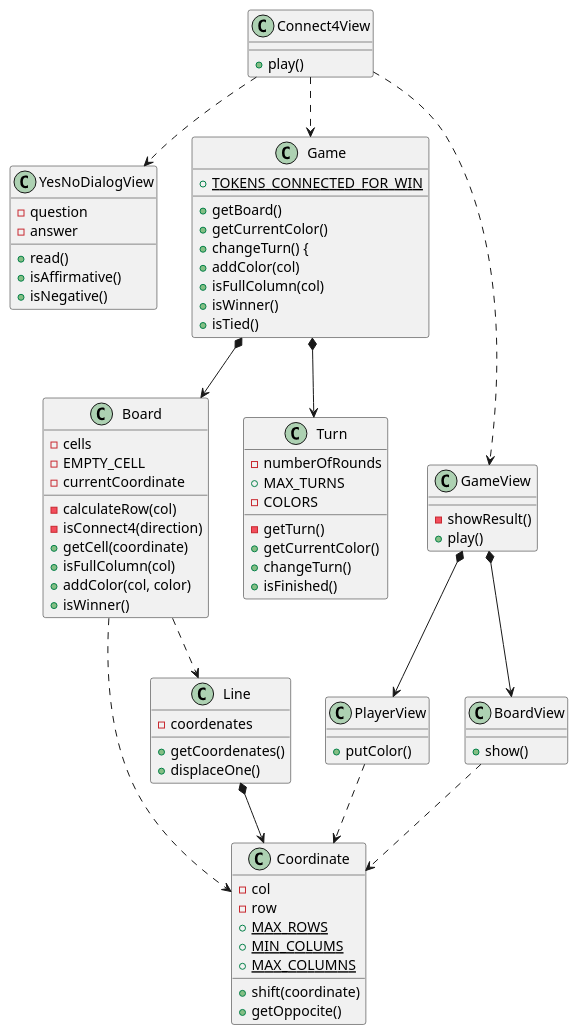
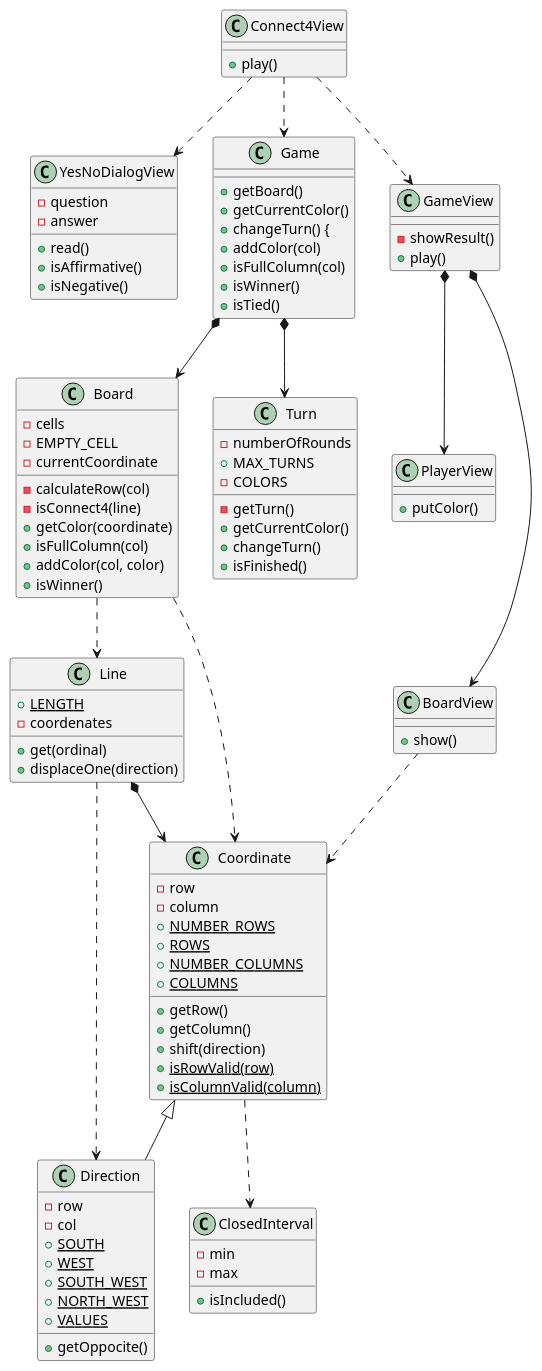
One commit to USantaTecla-ed-mpds/lab-dijkstra changed the diagram in tech-js-basada-objetos/Connect4withViewsV2/diagramClass.plantuml. Above: the diagram before and after it, drawn with PlantUML.

Commit message:
refactory

```diff
--- a/tech-js-basada-objetos/Connect4withViewsV2/diagramClass.plantuml
+++ b/tech-js-basada-objetos/Connect4withViewsV2/diagramClass.plantuml
@@ -1,68 +1,87 @@
 @startuml
 Connect4View ..> YesNoDialogView
 Connect4View ..> Game
 Connect4View ..> GameView
 Connect4View : + play()
 
 YesNoDialogView : - question
 YesNoDialogView : - answer
 YesNoDialogView : + read()
 YesNoDialogView : + isAffirmative()
 YesNoDialogView : + isNegative()
 
 GameView : - showResult()
 GameView : + play()
 GameView *--> PlayerView
 GameView *--> BoardView
 
 PlayerView : + putColor()
-PlayerView ..> Coordinate
 
 BoardView : + show()
 BoardView ..> Coordinate
 
-Game : + {static} TOKENS_CONNECTED_FOR_WIN
 Game *--> Board
 Game *--> Turn
 Game : + getBoard()
 Game : + getCurrentColor()
 Game : + changeTurn() {
 Game : + addColor(col)
 Game : + isFullColumn(col)
 Game : + isWinner()
 Game : + isTied()
 
 Board ..> Line
 Board ..> Coordinate
 Board : - cells
 Board : - EMPTY_CELL
 Board : - currentCoordinate
 Board : - calculateRow(col)
-Board : - isConnect4(direction)
-Board : + getCell(coordinate)
+Board : - isConnect4(line)
+Board : + getColor(coordinate)
 Board : + isFullColumn(col)
 Board : + addColor(col, color)
 Board : + isWinner()
 
 Turn : - numberOfRounds
 Turn : + MAX_TURNS
 Turn : - COLORS
 Turn : - getTurn()
 Turn : + getCurrentColor()
 Turn : + changeTurn()
 Turn : + isFinished()
 
+Line : + {static} LENGTH
 Line *--> Coordinate
 Line : - coordenates
-Line : + getCoordenates()
-Line : + displaceOne()
+Line : + get(ordinal)
+Line : + displaceOne(direction)
+Line ..> Direction
 
-Coordinate : - col
+Direction : - row
+Direction : - col
+Direction : + getOppocite()
+Direction : + {static} SOUTH
+Direction : + {static} WEST
+Direction : + {static} SOUTH_WEST
+Direction : + {static} NORTH_WEST
+Direction : + {static} VALUES
+
 Coordinate : - row
-Coordinate : + shift(coordinate)
-Coordinate : + getOppocite()
-Coordinate : + {static} MAX_ROWS
-Coordinate : + {static} MIN_COLUMS
-Coordinate : + {static} MAX_COLUMNS
+Coordinate : - column
+Coordinate : + getRow()
+Coordinate : + getColumn()
+Coordinate : + shift(direction)
+Coordinate : + {static} NUMBER_ROWS
+Coordinate : + {static} ROWS
+Coordinate : + {static} NUMBER_COLUMNS
+Coordinate : + {static} COLUMNS
+Coordinate : + {static} isRowValid(row)
+Coordinate : + {static} isColumnValid(column)
+Coordinate <|--  Direction
+Coordinate ..>  ClosedInterval
+
+ClosedInterval : - min
+ClosedInterval : - max
+ClosedInterval : + isIncluded()
 
 @enduml
```
